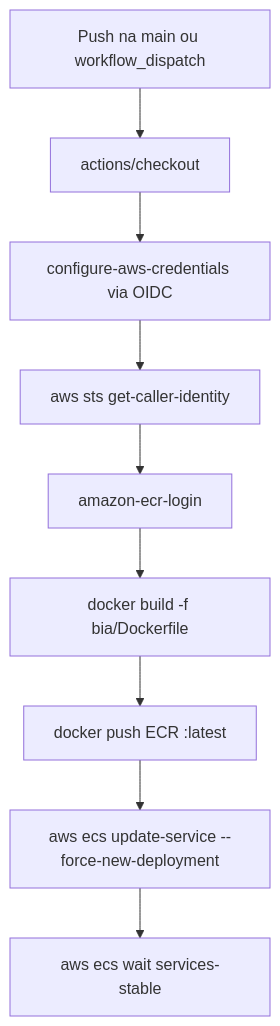
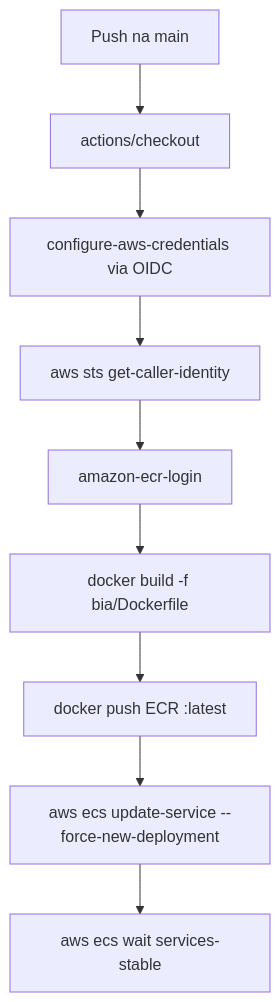
One commit to RildoDias08/bia_tf_pipeline_gha changed the second of 2 diagrams in README.md. Above: the diagram before and after it, drawn with Mermaid.

Commit message:
edt mermaid

````diff
--- a/README.md
+++ b/README.md
@@ -72,11 +72,11 @@
 ```mermaid
 flowchart TD
-  A[Push na main ou workflow_dispatch] --> B[actions/checkout]
+  A[Push na main] --> B[actions/checkout]
   B --> C[configure-aws-credentials via OIDC]
   C --> D[aws sts get-caller-identity]
   D --> E[amazon-ecr-login]
   E --> F[docker build -f bia/Dockerfile]
   F --> G[docker push ECR :latest]
   G --> H[aws ecs update-service --force-new-deployment]
   H --> I[aws ecs wait services-stable]
 ```
````
